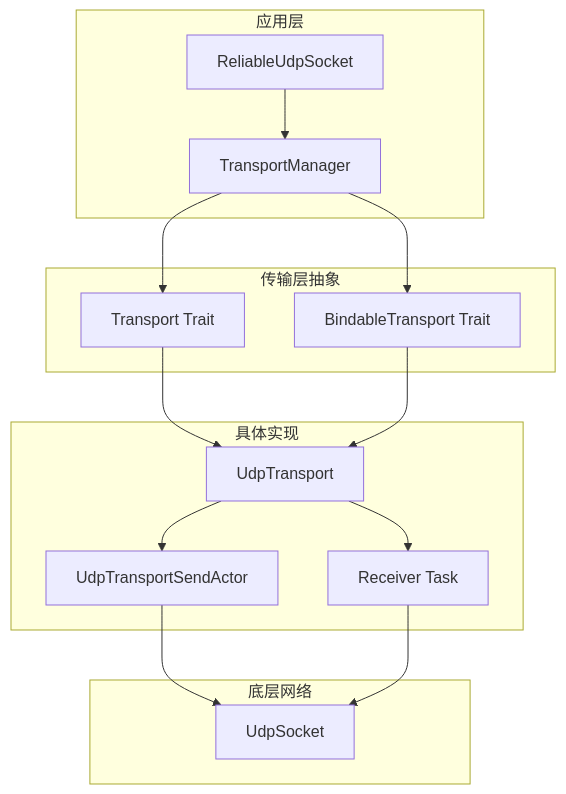
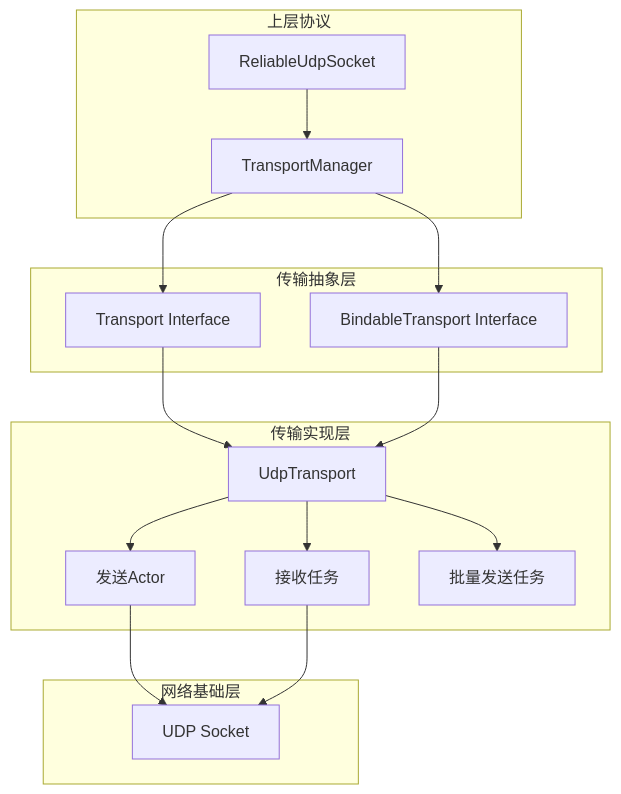
The first of 2 diagrams in docs/src/dev-docs/components/transport-layer.md (ShaoG-R/kestrel-protocol), drawn with Mermaid before and after one commit. The commit also changed other lines of this file and 3 other files, not shown here.

````diff
--- a/docs/src/dev-docs/components/transport-layer.md
+++ b/docs/src/dev-docs/components/transport-layer.md
@@ -19,23 +48,24 @@
 ```mermaid
 graph TD
-    subgraph "应用层"
+    subgraph "上层协议"
         A[ReliableUdpSocket] --> B[TransportManager]
     end
     
-    subgraph "传输层抽象"
-        B --> C[Transport Trait]
-        B --> D[BindableTransport Trait]
+    subgraph "传输抽象层"
+        B --> C[Transport Interface]
+        B --> D[BindableTransport Interface]
     end
     
-    subgraph "具体实现"
+    subgraph "传输实现层"
         C --> E[UdpTransport]
         D --> E
-        E --> F[UdpTransportSendActor]
-        E --> G[Receiver Task]
+        E --> F[发送Actor]
+        E --> G[接收任务]
+        E --> H[批量发送任务]
     end
     
-    subgraph "底层网络"
-        F --> H[UdpSocket]
-        G --> H
+    subgraph "网络基础层"
+        F --> I[UDP Socket]
+        G --> I
     end
 ```
````
